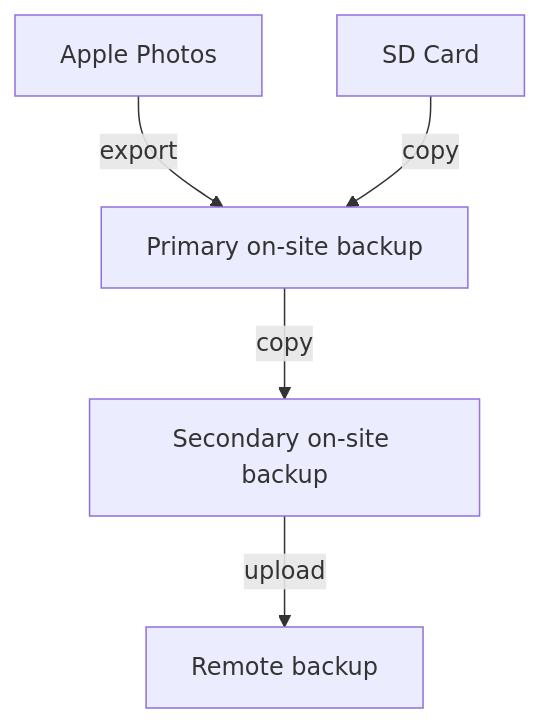
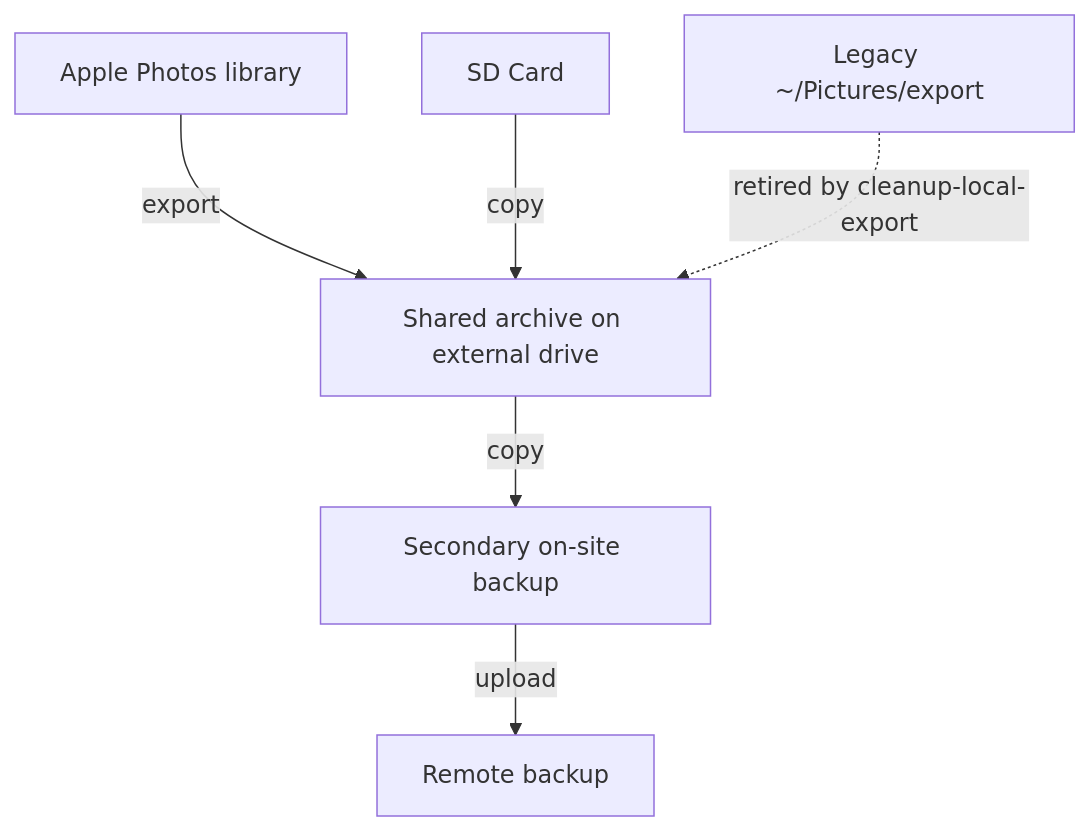
One commit to sglavoie/dev-helpers changed the diagram in python/photos_backup/README.md. Above: the diagram before and after it, drawn with Mermaid. The commit also changed other lines of this file and 69 other files, not shown here.

````diff
--- a/python/photos_backup/README.md
+++ b/python/photos_backup/README.md
@@ -14,7 +15,8 @@
 ```mermaid
 flowchart TD
-    A[Apple Photos] --export--> B[Primary on-site backup]
+    A[Apple Photos library] --export--> B[Shared archive on external drive]
     E[SD Card] --copy--> B
     B --copy--> C[Secondary on-site backup]
     C --upload--> D[Remote backup]
+    F[Legacy ~/Pictures/export] -.retired by cleanup-local-export.-> B
 ```
````
